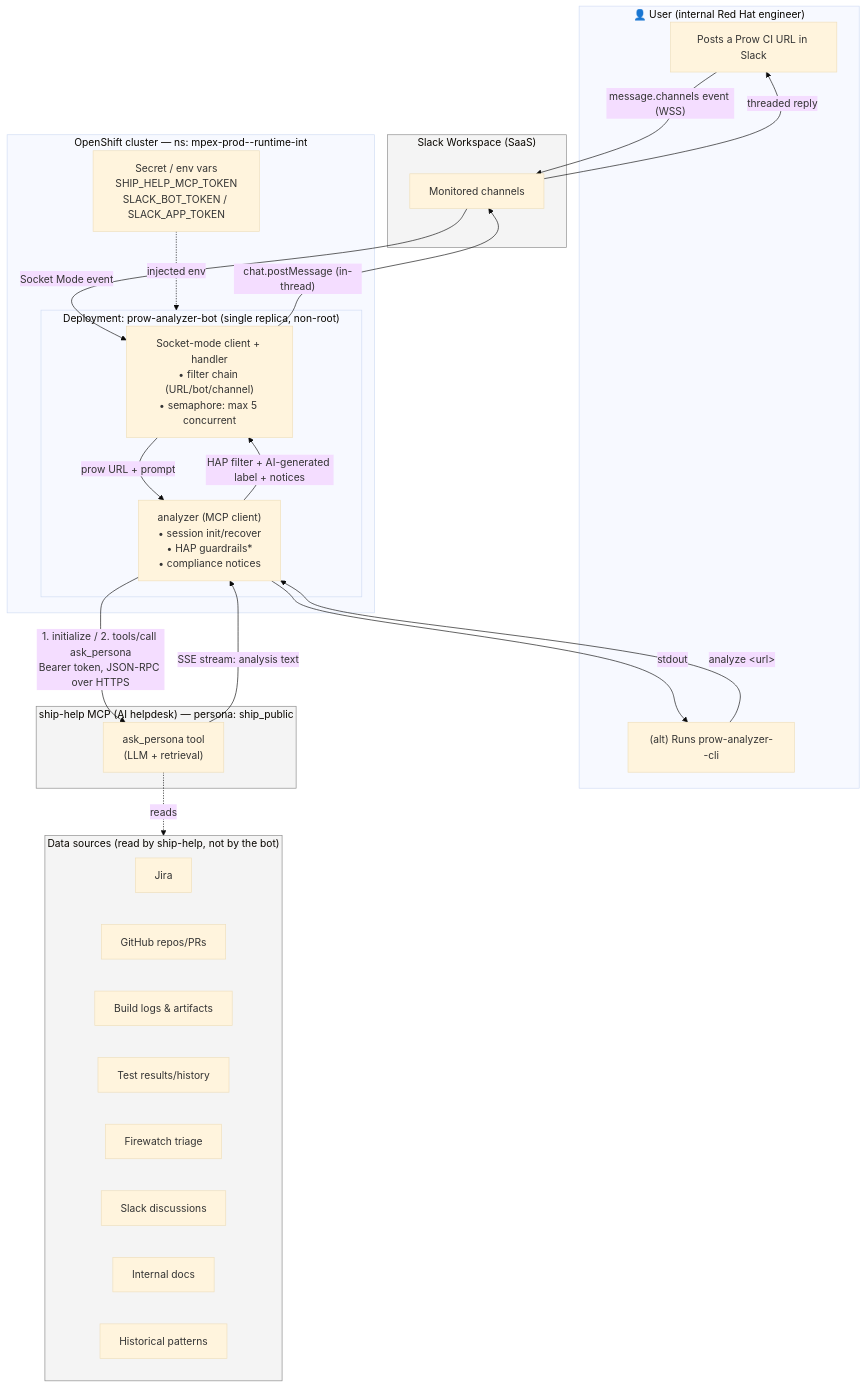
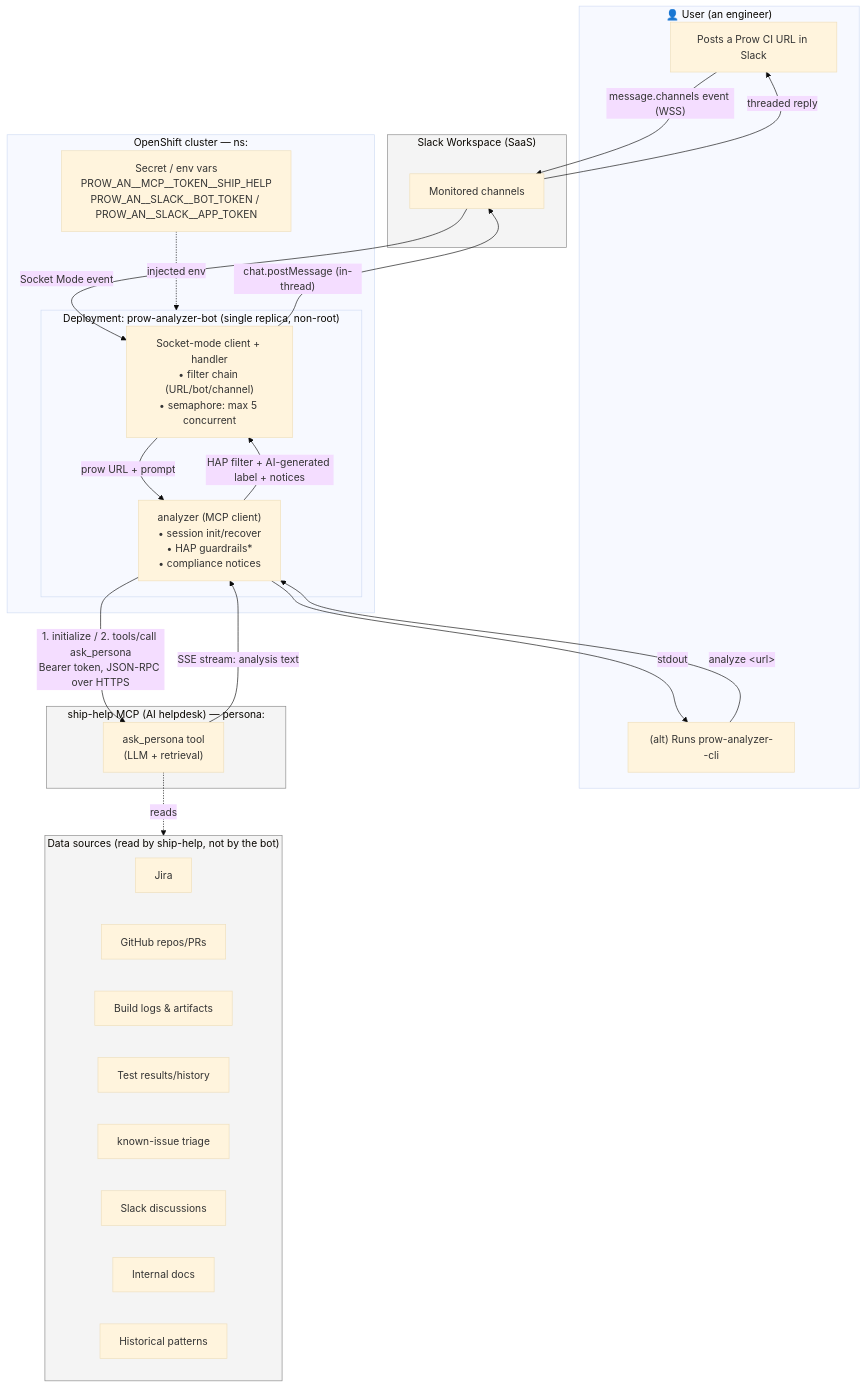
Before and after one commit to RedHatQE/OpenShift-LP-QE--Tools: the first of 3 diagrams in apps/prow-analyzer/doc/dataflow-architecture.md, drawn with Mermaid (base theme). The commit also changed other lines of this file and 36 other files, not shown here.

First line of the commit message:
prow-analyzer: bot env-var scheme, allow-list, data-minimized audit & SSE, test split (#23)

````diff
--- a/apps/prow-analyzer/doc/dataflow-architecture.md
+++ b/apps/prow-analyzer/doc/dataflow-architecture.md
@@ -10,51 +10,51 @@
 ```mermaid
 flowchart TB
-    subgraph User["👤 User (internal Red Hat engineer)"]
+    subgraph User["👤 User (an engineer)"]
         U1["Posts a Prow CI URL in Slack"]
         U2["(alt) Runs prow-analyzer--cli"]
     end
 
     subgraph Slack["Slack Workspace (SaaS)"]
         SW["Monitored channels"]
     end
 
-    subgraph OCP["OpenShift cluster — ns: mpex-prod--runtime-int"]
+    subgraph OCP["OpenShift cluster — ns: <your-namespace>"]
         subgraph BOT["Deployment: prow-analyzer-bot (single replica, non-root)"]
             H["Socket-mode client + handler<br/>• filter chain (URL/bot/channel)<br/>• semaphore: max 5 concurrent"]
             A["analyzer (MCP client)<br/>• session init/recover<br/>• HAP guardrails*<br/>• compliance notices"]
         end
-        SEC["Secret / env vars<br/>SHIP_HELP_MCP_TOKEN<br/>SLACK_BOT_TOKEN / SLACK_APP_TOKEN"]
+        SEC["Secret / env vars<br/>PROW_AN__MCP__TOKEN__SHIP_HELP<br/>PROW_AN__SLACK__BOT_TOKEN / PROW_AN__SLACK__APP_TOKEN"]
     end
 
-    subgraph SH["ship-help MCP (AI helpdesk) — persona: ship_public"]
+    subgraph SH["ship-help MCP (AI helpdesk) — persona: <persona>"]
         MCP["ask_persona tool<br/>(LLM + retrieval)"]
     end
 
     subgraph DS["Data sources (read by ship-help, not by the bot)"]
         direction LR
         J["Jira"]
         G["GitHub repos/PRs"]
         L["Build logs & artifacts"]
         T["Test results/history"]
-        F["Firewatch triage"]
+        F["known-issue triage"]
         SD["Slack discussions"]
         DOC["Internal docs"]
         HP["Historical patterns"]
     end
 
     U1 -->|"message.channels event (WSS)"| SW
     SW -->|"Socket Mode event"| H
     H -->|"prow URL + prompt"| A
     U2 -->|"analyze &lt;url&gt;"| A
     A -->|"1. initialize / 2. tools/call ask_persona<br/>Bearer token, JSON-RPC over HTTPS"| MCP
     MCP -.->|"reads"| DS
     MCP -->|"SSE stream: analysis text"| A
     A -->|"HAP filter + AI-generated label + notices"| H
     H -->|"chat.postMessage (in-thread)"| SW
     SW -->|"threaded reply"| U1
     A -->|"stdout"| U2
     SEC -.->|"injected env"| BOT
 
     classDef ext fill:#f4f4f4,stroke:#888;
     class Slack,SH,DS ext;
 ```
````
